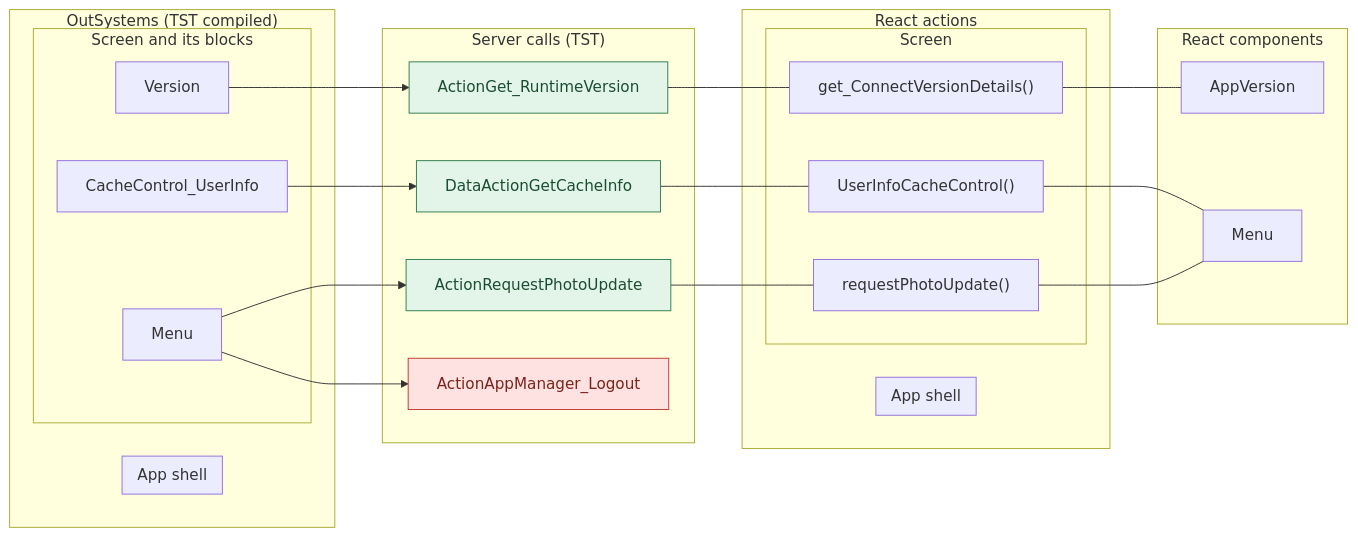
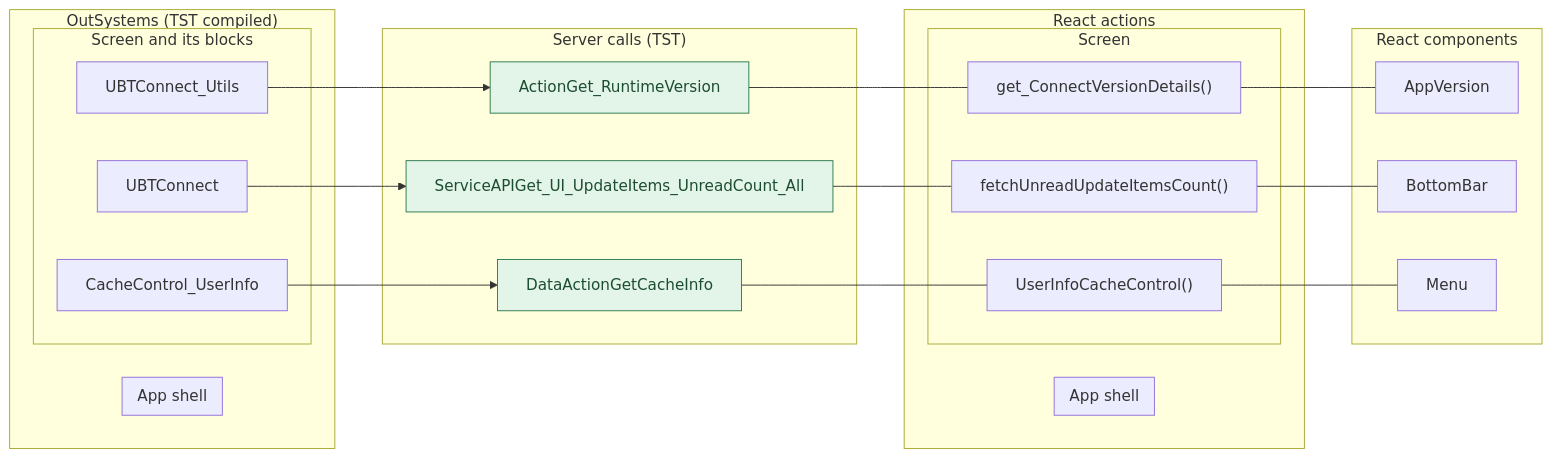
Before and after one commit to Phoenix-DX/connect-new-ui: the first of 37 diagrams in migration/route-actions/Menu.md, drawn with Mermaid. The commit also changed other lines of this file and 9 other files, not shown here.

Commit message:
route actions: facts only; user actions as two independent lists (OutSystems view bindings, React JSX bindings) with Mermaid sequences; factual call columns (direct caller, chains, React references); app shell by definition (survey shell, main.tsx code); constants read for React paths

````diff
--- a/migration/route-actions/Menu.md
+++ b/migration/route-actions/Menu.md
@@ -49,45 +50,43 @@
 ```mermaid
 flowchart LR
   subgraph OS["OutSystems (TST compiled)"]
     subgraph OS_shell["App shell"]
     end
     subgraph OS_screen["Screen and its blocks"]
       o0["CacheControl_UserInfo"]
-      o1["Menu"]
-      o2["Version"]
+      o1["UBTConnect"]
+      o2["UBTConnect_Utils"]
     end
   end
   subgraph EP["Server calls (TST)"]
     e3["ActionGet_RuntimeVersion"]
     e4["DataActionGetCacheInfo"]
-    e5["ActionRequestPhotoUpdate"]
-    e6["ActionAppManager_Logout"]
+    e5["ServiceAPIGet_UI_UpdateItems_UnreadCount_All"]
   end
   subgraph RE["React actions"]
     subgraph RE_shell["App shell"]
     end
     subgraph RE_page["Screen"]
-      r7["UserInfoCacheControl()"]
+      r6["UserInfoCacheControl()"]
+      r7["fetchUnreadUpdateItemsCount()"]
       r8["get_ConnectVersionDetails()"]
-      r9["requestPhotoUpdate()"]
     end
   end
   subgraph RC["React components"]
-    c10["AppVersion"]
+    c9["AppVersion"]
+    c10["BottomBar"]
     c11["Menu"]
   end
-  r8 --- c10
-  r7 --- c11
-  r9 --- c11
+  r8 --- c9
+  r6 --- c11
+  r7 --- c10
   o2 --> e3
   o0 --> e4
   o1 --> e5
-  o1 --> e6
   e3 --- r8
-  e4 --- r7
-  e5 --- r9
+  e4 --- r6
+  e5 --- r7
   classDef missing fill:#fde2e1,stroke:#c0392b,color:#7b241c
   classDef ok fill:#e3f4e8,stroke:#2e7d4f,color:#1d4d31
-  class e6 missing
   class e3,e4,e5 ok
 ```
````
